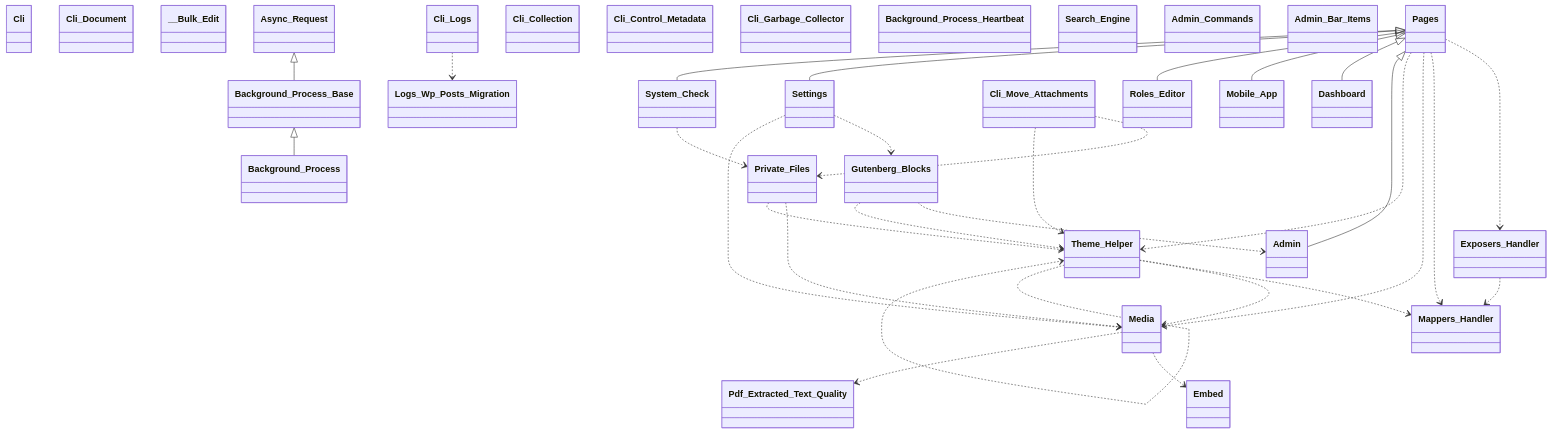
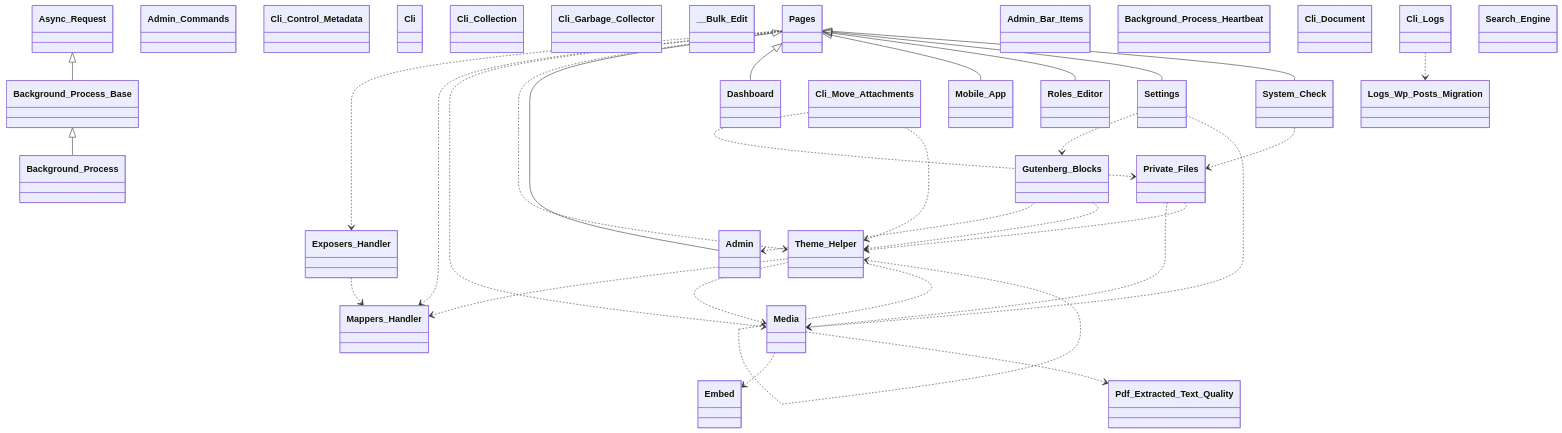
The first of 13 diagrams in docs/phpdoc/Home.md (tainacan/tainacan), drawn with Mermaid before and after one commit. The commit also changed other lines of this file and 74 other files, not shown here.

````diff
--- a/docs/phpdoc/Home.md
+++ b/docs/phpdoc/Home.md
@@ -132,63 +132,63 @@
 ```mermaid
 classDiagram
     direction TB
+    class Pages { }
+    class System_Check { }
+    class Admin_Commands { }
+    class Admin { }
+    class Gutenberg_Blocks { }
+    class Theme_Helper { }
+    class Pdf_Extracted_Text_Quality { }
+    class Media { }
+    class Mappers_Handler { }
+    class Background_Process { }
+    class Cli_Control_Metadata { }
+    class Background_Process_Base { }
+    class Settings { }
+    class Roles_Editor { }
     class Cli { }
-    class Theme_Helper { }
-    class Gutenberg_Blocks { }
+    class Cli_Collection { }
+    class Mobile_App { }
+    class Dashboard { }
+    class Embed { }
+    class Cli_Garbage_Collector { }
+    class __Bulk_Edit { }
     class Exposers_Handler { }
+    class Async_Request { }
+    class Admin_Bar_Items { }
+    class Background_Process_Heartbeat { }
     class Cli_Document { }
-    class Media { }
-    class __Bulk_Edit { }
-    class Pdf_Extracted_Text_Quality { }
-    class Roles_Editor { }
-    class Settings { }
-    class Dashboard { }
-    class Background_Process_Base { }
-    class Async_Request { }
-    class Pages { }
-    class Cli_Collection { }
-    class Cli_Control_Metadata { }
-    class Admin { }
-    class Private_Files { }
-    class Background_Process { }
-    class Cli_Move_Attachments { }
-    class Cli_Garbage_Collector { }
-    class Background_Process_Heartbeat { }
-    class Search_Engine { }
-    class Admin_Commands { }
-    class Admin_Bar_Items { }
     class Logs_Wp_Posts_Migration { }
     class Cli_Logs { }
-    class Mappers_Handler { }
-    class Embed { }
-    class System_Check { }
-    class Mobile_App { }
+    class Cli_Move_Attachments { }
+    class Search_Engine { }
+    class Private_Files { }
     Async_Request <|-- Background_Process_Base
     Background_Process_Base <|-- Background_Process
     Cli_Logs ..> Logs_Wp_Posts_Migration
     Cli_Move_Attachments ..> Private_Files
     Cli_Move_Attachments ..> Theme_Helper
     Exposers_Handler ..> Mappers_Handler
     Gutenberg_Blocks ..> Admin
     Gutenberg_Blocks ..> Theme_Helper
     Media ..> Embed
     Media ..> Pdf_Extracted_Text_Quality
     Pages ..> Exposers_Handler
     Pages ..> Mappers_Handler
     Pages ..> Media
     Pages ..> Theme_Helper
     Pages <|-- Admin
     Pages <|-- Dashboard
     Pages <|-- Mobile_App
     Pages <|-- Roles_Editor
     Pages <|-- Settings
     Pages <|-- System_Check
     Private_Files ..> Media
     Private_Files ..> Theme_Helper
     Settings ..> Gutenberg_Blocks
     Settings ..> Media
     System_Check ..> Private_Files
     Theme_Helper ..> Mappers_Handler
     Theme_Helper ..> Media
     Theme_Helper ..> Theme_Helper
 ```
````
